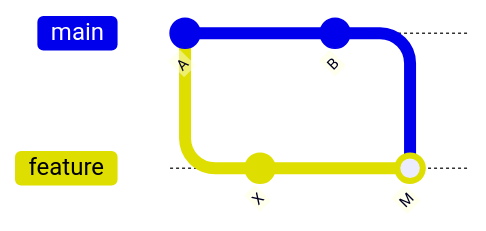
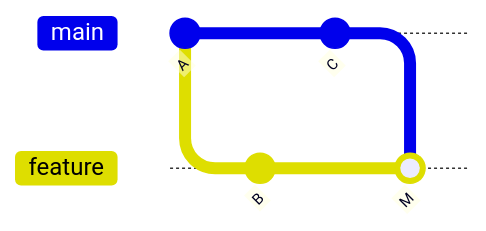
One commit to ykgw-daiki-nakamura/nakamura-git-tutorial changed the first of 2 diagrams in docs/guide/rebase.md. Above: the diagram before and after it, drawn with Mermaid. The commit also changed other lines of this file and 2 other files, not shown here.

Commit message:
docs(guide): マージ概念の gitGraph 図解を強化（FF/3-way・マージ方式・rebase 整合）

````diff
--- a/docs/guide/rebase.md
+++ b/docs/guide/rebase.md
@@ -11,11 +11,11 @@
 ```mermaid
 gitGraph
     commit id: "A"
     branch feature
     checkout feature
-    commit id: "X"
+    commit id: "B"
     checkout main
-    commit id: "B"
+    commit id: "C"
     checkout feature
     merge main id: "M"
 ```
````
